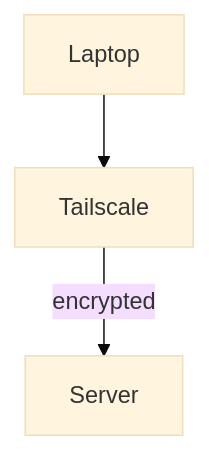
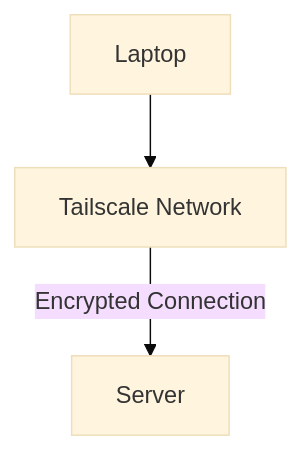
One commit to JimJamJr/self-hosted-ai-development-environment changed the second of 2 diagrams in docs/security/tailscale.md. Above: the diagram before and after it, drawn with Mermaid (base theme). The commit also changed other lines of this file, not shown here.

First line of the commit message:
Revise Tailscale VPN documentation for clarity

````diff
--- a/docs/security/tailscale.md
+++ b/docs/security/tailscale.md
@@ -13,6 +18,6 @@
 ```mermaid
 graph TD;
   A[Laptop];
-  A --> B[Tailscale];
-  B --encrypted--> C[Server];
+  A --> B[Tailscale Network];
+  B --Encrypted Connection--> C[Server];
 ```
````
